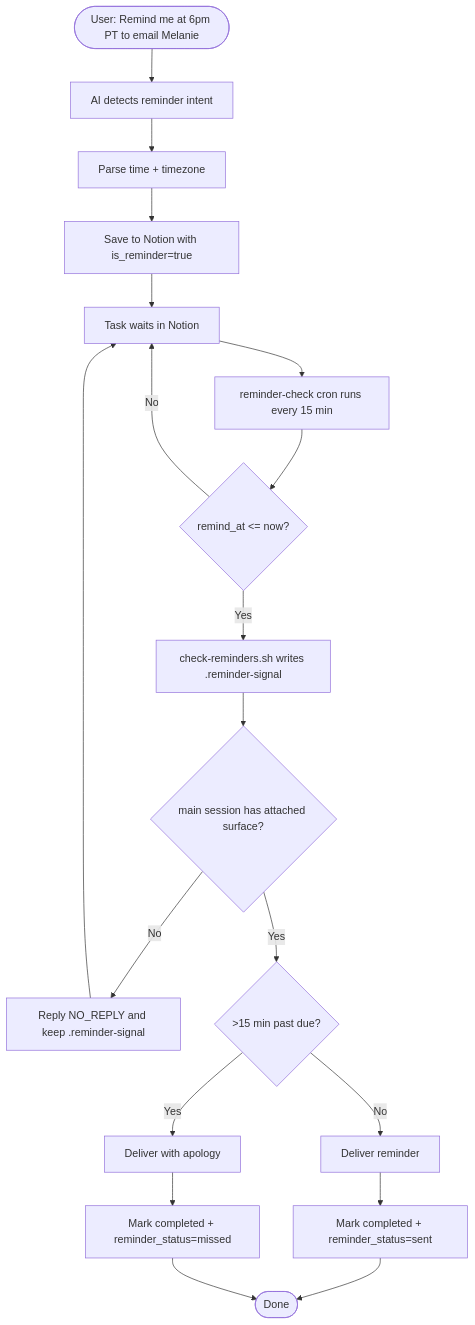
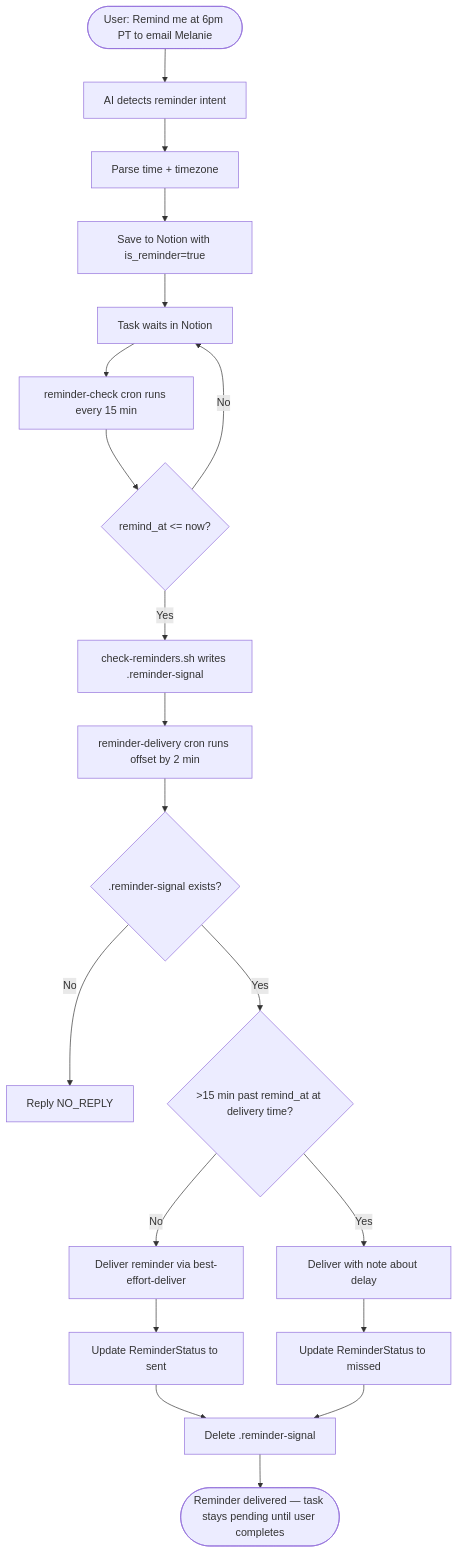
Diagram 28 of 29 in docs/task-lifecycle.md (NickBorgersProbably/hide-my-list), drawn with Mermaid before and after one commit. The commit also changed other lines of this file and 12 other files, not shown here.

First line of the commit message:
Split reminder-check into procedural polling and agentic delivery

````diff
--- a/docs/task-lifecycle.md
+++ b/docs/task-lifecycle.md
@@ -928,25 +928,26 @@
 ```mermaid
 flowchart TD
     Intake([User: Remind me at 6pm PT to email Melanie]) --> Detect[AI detects reminder intent]
     Detect --> Parse[Parse time + timezone]
     Parse --> Save[Save to Notion with is_reminder=true]
 
     Save --> Wait[Task waits in Notion]
-    Wait --> Cron[reminder-check cron runs every 15 min]
-    Cron --> Due{remind_at <= now?}
+    Wait --> CheckCron[reminder-check cron runs every 15 min]
+    CheckCron --> Due{remind_at <= now?}
     Due -->|No| Wait
     Due -->|Yes| Signal[check-reminders.sh writes .reminder-signal]
-    Signal --> Surface{main session has attached surface?}
-    Surface -->|No| Retry[Reply NO_REPLY and keep .reminder-signal]
-    Retry --> Wait
-    Surface -->|Yes| Late{>15 min past due?}
+    Signal --> DeliverCron[reminder-delivery cron runs offset by 2 min]
+    DeliverCron --> HasSignal{.reminder-signal exists?}
+    HasSignal -->|No| NoOp[Reply NO_REPLY]
+    HasSignal -->|Yes| Late{>15 min past remind_at at delivery time?}
 
-    Late -->|No| Send[Deliver reminder]
-    Late -->|Yes| SendMissed[Deliver with apology]
+    Late -->|No| Send[Deliver reminder via best-effort-deliver]
+    Late -->|Yes| SendMissed[Deliver with note about delay]
 
-    Send --> Complete[Mark completed + reminder_status=sent]
-    SendMissed --> Complete2[Mark completed + reminder_status=missed]
+    Send --> Update[Update ReminderStatus to sent]
+    SendMissed --> Update2[Update ReminderStatus to missed]
 
-    Complete --> Done([Done])
-    Complete2 --> Done
+    Update --> Cleanup[Delete .reminder-signal]
+    Update2 --> Cleanup
+    Cleanup --> Done([Reminder delivered — task stays pending until user completes])
 ```
````
